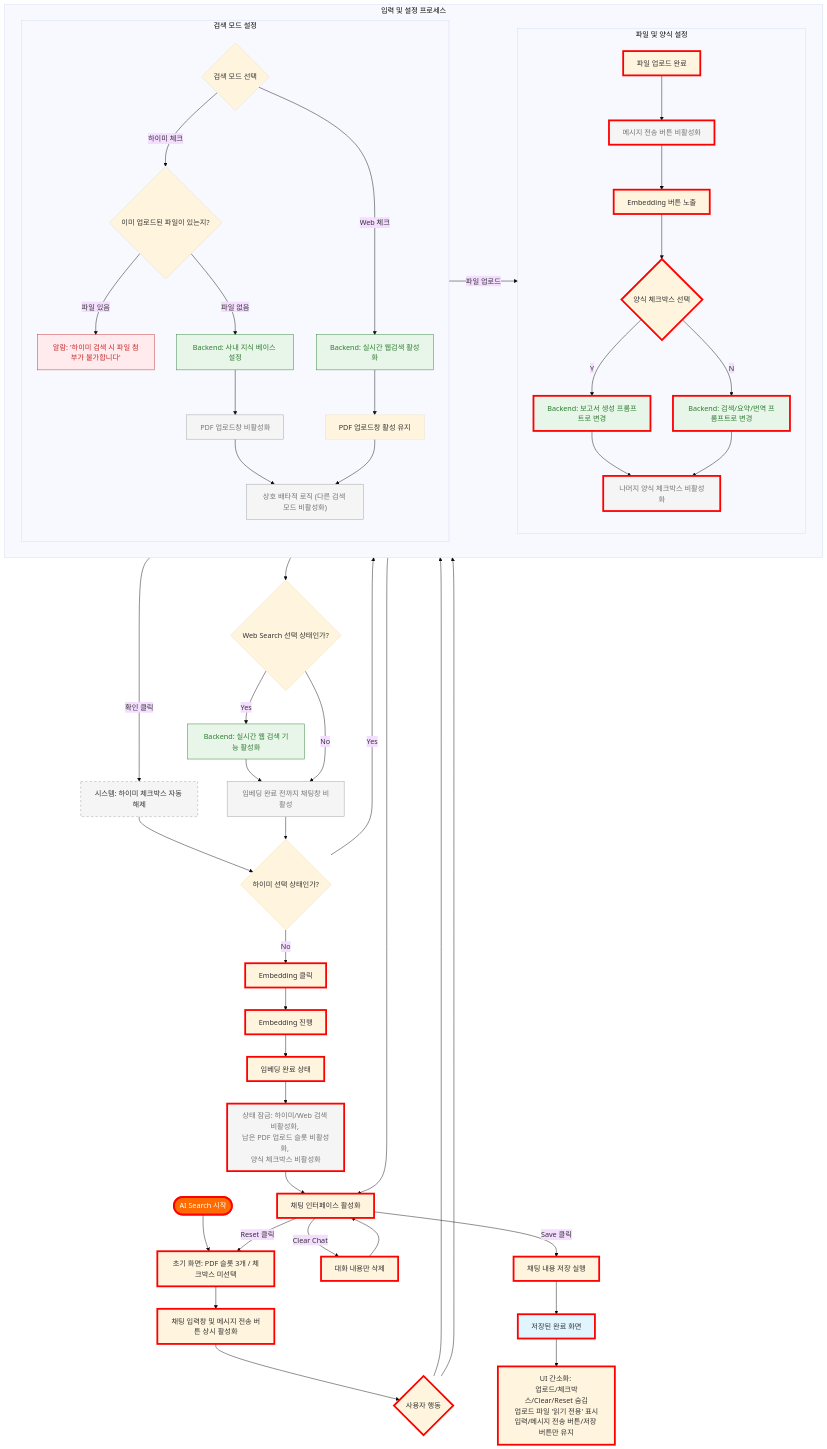
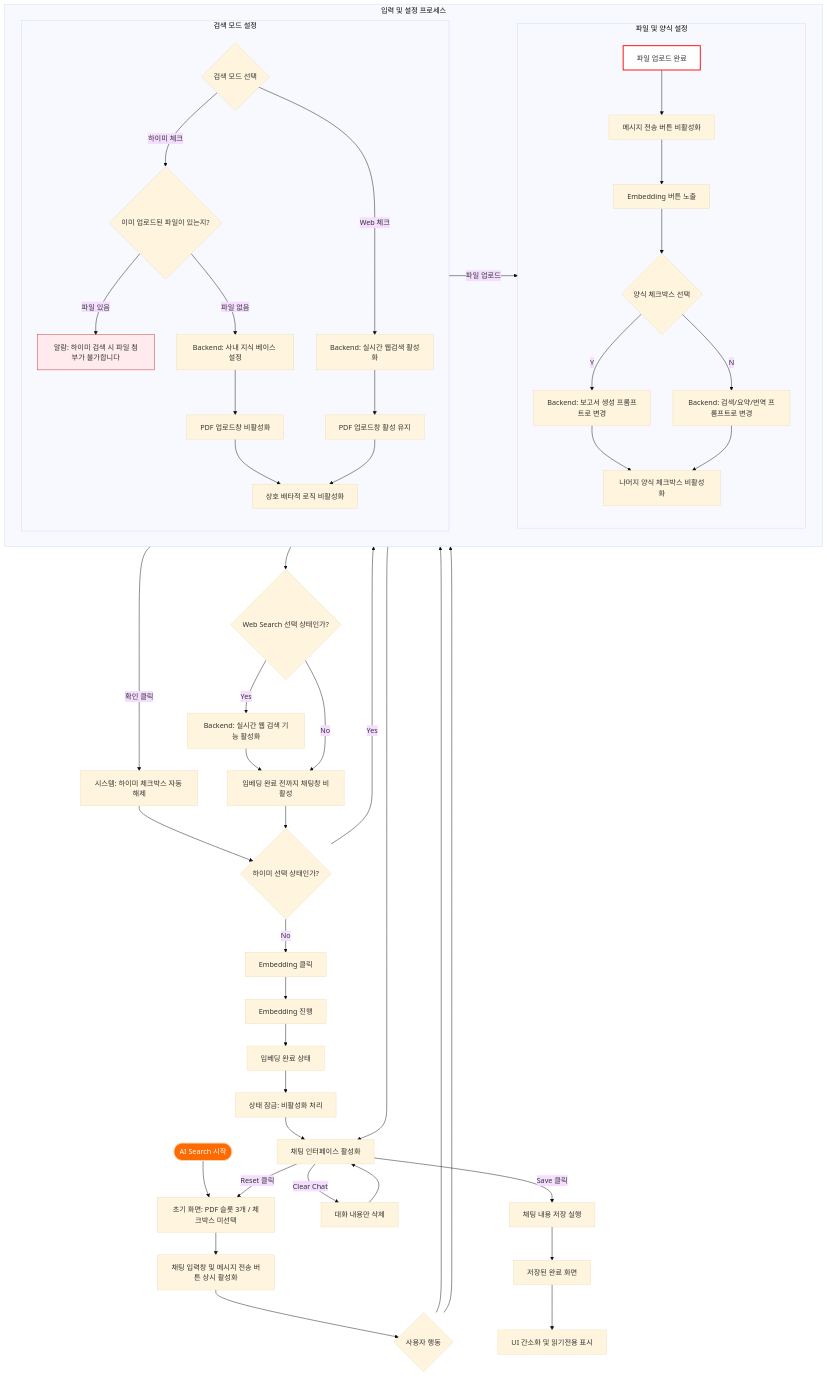
Before and after one commit to jjpark0727/hdmf-ai-search: the diagram in docs/diagram/service.md, drawn with Mermaid (base theme).

Commit message:
초기문서

````diff
--- a/docs/diagram/service.md
+++ b/docs/diagram/service.md
@@ -5,11 +5,12 @@
     Initial --> Default_Active["채팅 입력창 및 메시지 전송 버튼 상시 활성화"]
     Default_Active --> Action{사용자 행동}
 
-    %% 공간 최적화를 위한 서브그래프 (나란히 배치)
+    %% 공간 최적화를 위한 서브그래프
     subgraph "입력 및 설정 프로세스"
         direction LR
         subgraph "파일 및 양식 설정"
             direction TD
+            %% 에러 방지를 위해 명확한 줄바꿈과 따옴표 사용
             PDF_Uploaded["파일 업로드 완료"] --> Msg_Btn_Off["메시지 전송 버튼 비활성화"]
             Msg_Btn_Off --> Embed_Btn_On["Embedding 버튼 노출"]
             Embed_Btn_On --> Form_Select{"양식 체크박스 선택"}
@@ -22,7 +23,7 @@
             direction TD
             Mode_Decision{"검색 모드 선택"}
             Mode_Decision -- "하이미 체크" --> HiMe_Check{"이미 업로드된 파일이 있는지?"}
-            HiMe_Check -- "파일 있음" --> Common_Alert["알람: '하이미 검색 시 파일 첨부가 불가합니다'"]
+            HiMe_Check -- "파일 있음" --> Common_Alert["알람: 하이미 검색 시 파일 첨부가 불가합니다"]
             HiMe_Check -- "파일 없음" --> HiMe_Backend["Backend: 사내 지식 베이스 설정"]
             HiMe_Backend --> HiMe_UI["PDF 업로드창 비활성화"]
             
@@ -30,19 +31,16 @@
             Web_Backend --> Web_UI["PDF 업로드창 활성 유지"]
             Web_UI -- "파일 업로드" --> PDF_Uploaded
             
-            HiMe_UI & Web_UI --> Mode_Fixed["상호 배타적 로직 (다른 검색 모드 비활성화)"]
+            HiMe_UI & Web_UI --> Mode_Fixed["상호 배타적 로직 비활성화"]
         end
     end
 
-    %% 사용자 행동에서 각 프로세스로 연결
+    %% 연결 로직
     Action --> PDF_Uploaded
     Action --> Mode_Decision
-
-    %% 알람 후속 로직
     Common_Alert -- "확인 클릭" --> Auto_Uncheck["시스템: 하이미 체크박스 자동 해제"]
     Auto_Uncheck --> HiMe_Final_Check{"하이미 선택 상태인가?"}
 
-    %% 5. 임베딩 및 채팅 활성화
     Exclusive_Form --> Embed_Check{"Web Search 선택 상태인가?"}
     Embed_Check -- "Yes" --> Web_Activation["Backend: 실시간 웹 검색 기능 활성화"]
     Web_Activation --> Embed_Required["임베딩 완료 전까지 채팅창 비활성"]
@@ -53,9 +51,8 @@
     HiMe_Final_Check -- "No" --> Embed_Click["Embedding 클릭"]
     
     Embed_Click --> Embedding_Process["Embedding 진행"] --> Post_Embedding["임베딩 완료 상태"]
-    Post_Embedding --> Lock_UI["상태 잠금: 하이미/Web 검색 비활성화, <br/>남은 PDF 업로드 슬롯 비활성화, <br/>양식 체크박스 비활성화"]
+    Post_Embedding --> Lock_UI["상태 잠금: 비활성화 처리"]
     
-    %% 6. 채팅 및 완료
     Mode_Fixed --> Chat_Loop["채팅 인터페이스 활성화"]
     Lock_UI --> Chat_Loop
     
@@ -65,40 +62,10 @@
     
     Chat_Loop -- "Save 클릭" --> Saved_Action["채팅 내용 저장 실행"]
     Saved_Action --> Saved_State["저장된 완료 화면"]
-    Saved_State --> UI_Final["UI 간소화: <br/>업로드/체크박스/Clear/Reset 숨김<br/>업로드 파일 '읽기 전용' 표시<br/>입력/메시지 전송 버튼/저장 버튼만 유지"]
+    Saved_State --> UI_Final["UI 간소화 및 읽기전용 표시"]
 
-    %% --- 스타일 가이드 (빨간색 하이라이트 및 회색 비활성화) ---
-    %% 구간 1 하이라이트
-    style Start fill:#FF6B00,color:#fff,stroke:#ff0000,stroke-width:4px
-    style Initial stroke:#ff0000,stroke-width:4px
-    style Default_Active stroke:#ff0000,stroke-width:4px
-    style Action stroke:#ff0000,stroke-width:4px
-    style PDF_Uploaded stroke:#ff0000,stroke-width:4px
-    style Msg_Btn_Off fill:#f5f5f5,stroke:#ff0000,stroke-width:4px,color:#757575
-    style Embed_Btn_On stroke:#ff0000,stroke-width:4px
-    style Form_Select stroke:#ff0000,stroke-width:4px
-    style Form_Report_BE fill:#e8f5e9,stroke:#ff0000,stroke-width:4px,color:#2e7d32
-    style Form_General_BE fill:#e8f5e9,stroke:#ff0000,stroke-width:4px,color:#2e7d32
-    style Exclusive_Form fill:#f5f5f5,stroke:#ff0000,stroke-width:4px,color:#757575
-
-    %% 구간 2 하이라이트
-    style Embed_Click stroke:#ff0000,stroke-width:4px
-    style Embedding_Process stroke:#ff0000,stroke-width:4px
-    style Post_Embedding fill:#fff4dd,stroke:#ff0000,stroke-width:4px
-    style Lock_UI fill:#f5f5f5,stroke:#ff0000,stroke-width:4px,color:#757575
-    style Chat_Loop stroke:#ff0000,stroke-width:4px
-    style Chat_Clear stroke:#ff0000,stroke-width:4px
-    style Saved_Action stroke:#ff0000,stroke-width:4px
-    style Saved_State fill:#e1f5fe,stroke:#ff0000,stroke-width:4px
-    style UI_Final stroke:#ff0000,stroke-width:4px
-
-    %% 일반 스타일 (녹색 백엔드 및 회색 비활성화)
-    style HiMe_Backend fill:#e8f5e9,stroke:#2e7d32,color:#2e7d32
-    style Web_Backend fill:#e8f5e9,stroke:#2e7d32,color:#2e7d32
-    style Web_Activation fill:#e8f5e9,stroke:#2e7d32,color:#2e7d32
-    style HiMe_UI fill:#f5f5f5,stroke:#9e9e9e,color:#757575
-    style Mode_Fixed fill:#f5f5f5,stroke:#9e9e9e,color:#757575
-    style Embed_Required fill:#f5f5f5,stroke:#9e9e9e,color:#757575
-    style Common_Alert fill:#ffebee,stroke:#c62828,color:#c62828
-    style Auto_Uncheck fill:#f5f5f5,stroke:#9e9e9e,stroke-dasharray: 5 5
+    %% 스타일 적용 (가독성을 위해 핵심 노드만 유지)
+    style Start fill:#FF6B00,color:#fff
+    style PDF_Uploaded fill:#fff,stroke:#ff0000,stroke-width:2px
+    style Common_Alert fill:#ffebee,stroke:#c62828
 ```
````
